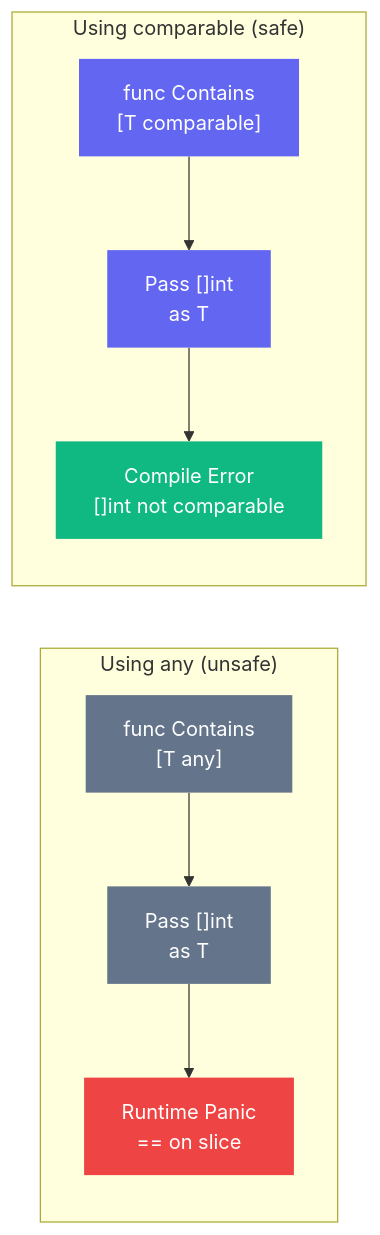
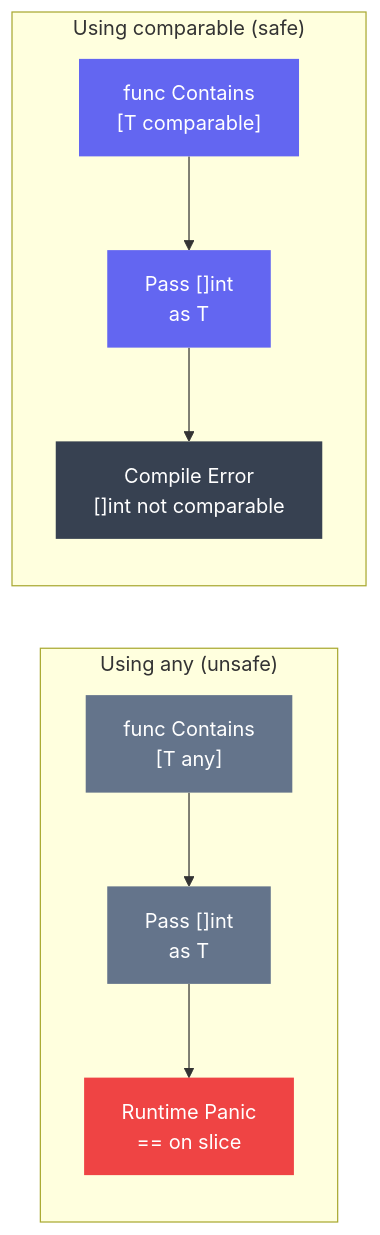
Before and after one commit to ashwingopalsamy/site: the second of 2 diagrams in content/writing/go-generics-comparable-constraint.md, drawn with Mermaid. The commit also changed other lines of this file and 26 other files, not shown here.

```diff
--- a/content/writing/go-generics-comparable-constraint.md
+++ b/content/writing/go-generics-comparable-constraint.md
@@ -223,19 +223,19 @@
 {{< mermaid >}}
 graph LR
     subgraph "Using any (unsafe)"
         A1["func Contains\n[T any]"] --> B1["Pass []int\nas T"]
         B1 --> C1["Runtime Panic\n== on slice"]
     end
 
     subgraph "Using comparable (safe)"
         A2["func Contains\n[T comparable]"] --> B2["Pass []int\nas T"]
         B2 --> C2["Compile Error\n[]int not comparable"]
     end
 
     style C1 fill:#ef4444,color:#fff,stroke:none
-    style C2 fill:#10b981,color:#fff,stroke:none
+    style C2 fill:#374151,color:#fff,stroke:none
     style A1 fill:#64748b,color:#fff,stroke:none
     style A2 fill:#6366f1,color:#fff,stroke:none
     style B1 fill:#64748b,color:#fff,stroke:none
     style B2 fill:#6366f1,color:#fff,stroke:none
 {{< /mermaid >}}
```
